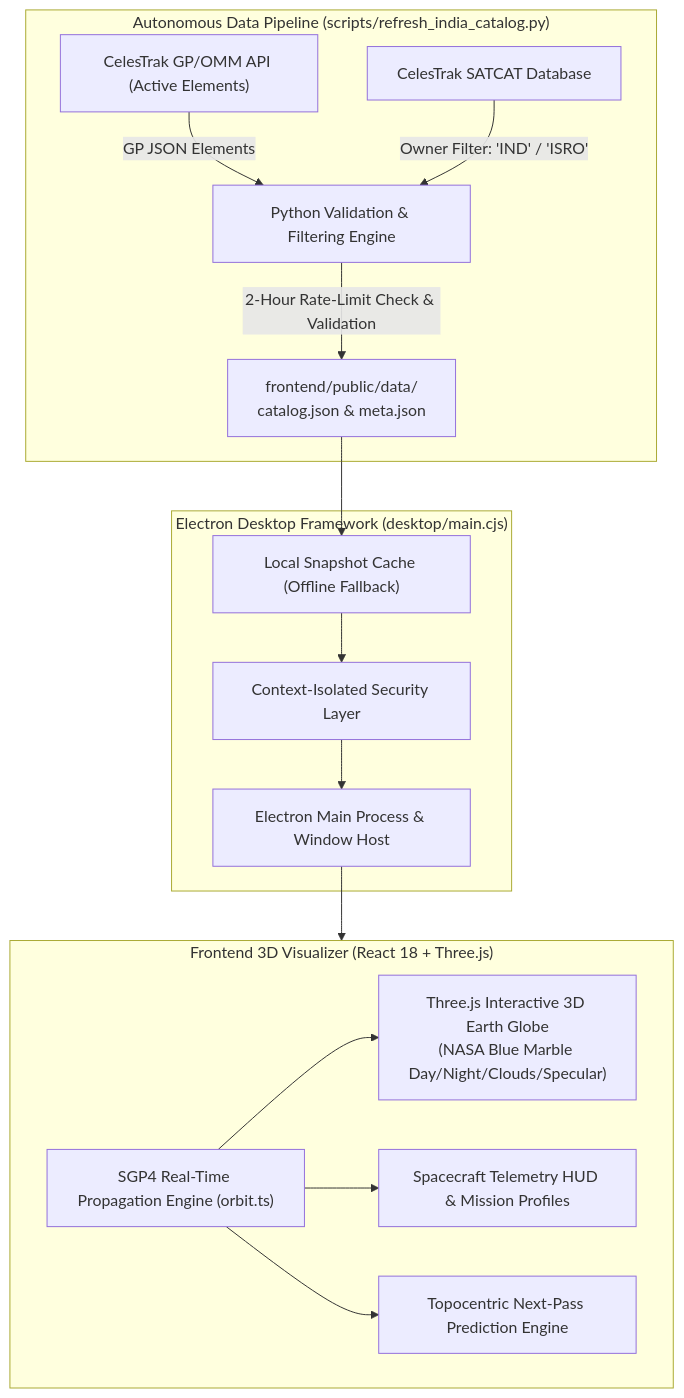
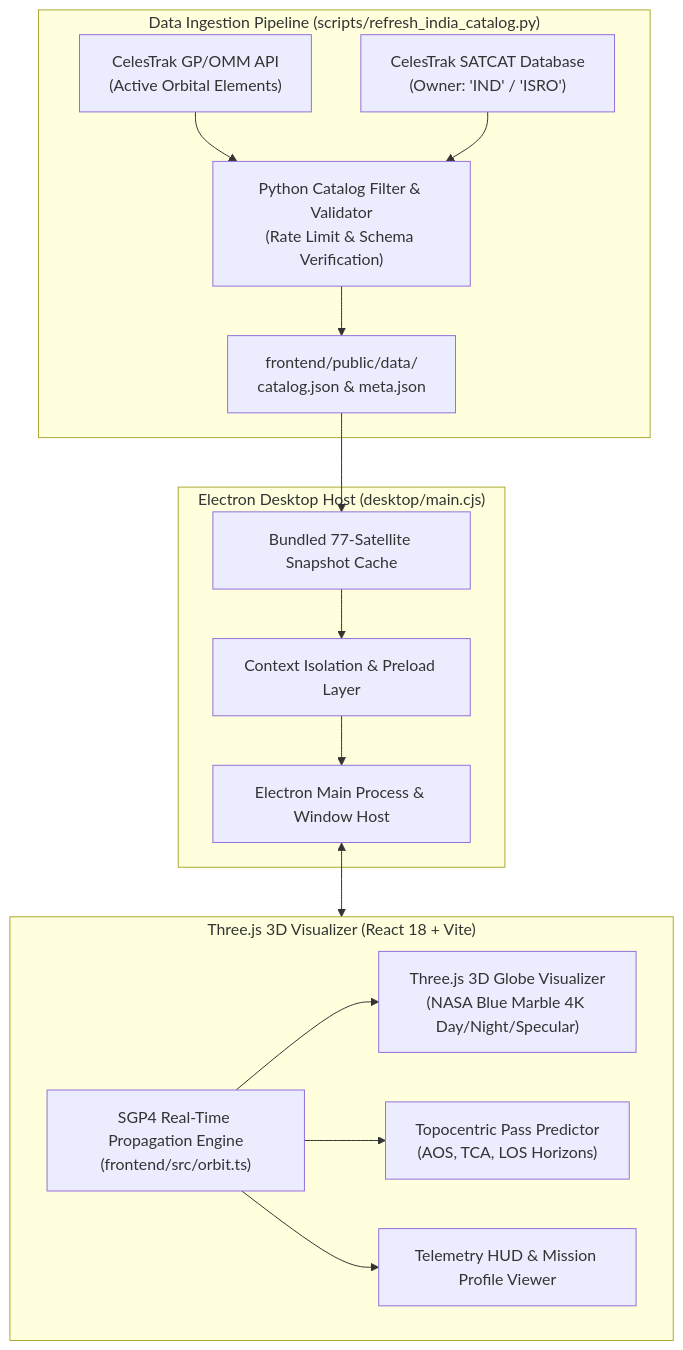
One commit to Hitesh070/ISRO-Orbit-Watch changed the first of 2 diagrams in README.md. Above: the diagram before and after it, drawn with Mermaid. The commit also changed other lines of this file, not shown here.

````diff
--- a/README.md
+++ b/README.md
@@ -54,29 +103,34 @@
 ```mermaid
 flowchart TD
-    subgraph DataIngestion ["Autonomous Data Pipeline (scripts/refresh_india_catalog.py)"]
-        CT_GP["CelesTrak GP/OMM API (Active Elements)"] -->|"GP JSON Elements"| Filter["Python Validation & Filtering Engine"]
-        CT_CAT["CelesTrak SATCAT Database"] -->|"Owner Filter: 'IND' / 'ISRO'"| Filter
-        Filter -->|"2-Hour Rate-Limit Check & Validation"| JSONData["frontend/public/data/<br/>catalog.json & meta.json"]
+    subgraph DataPipeline ["Data Ingestion Pipeline (scripts/refresh_india_catalog.py)"]
+        CT_GP["CelesTrak GP/OMM API\n(Active Orbital Elements)"]
+        CT_CAT["CelesTrak SATCAT Database\n(Owner: 'IND' / 'ISRO')"]
+        Filter["Python Catalog Filter & Validator\n(Rate Limit & Schema Verification)"]
+        JSONStore["frontend/public/data/\ncatalog.json & meta.json"]
+        
+        CT_GP --> Filter
+        CT_CAT --> Filter
+        Filter --> JSONStore
     end
 
-    subgraph DesktopShell ["Electron Desktop Framework (desktop/main.cjs)"]
-        IPC["Electron Main Process & Window Host"]
-        Security["Context-Isolated Security Layer"]
-        LocalCache["Local Snapshot Cache (Offline Fallback)"]
+    subgraph DesktopHost ["Electron Desktop Host (desktop/main.cjs)"]
+        MainProc["Electron Main Process & Window Host"]
+        Security["Context Isolation & Preload Layer"]
+        LocalCache["Bundled 77-Satellite Snapshot Cache"]
     end
 
-    subgraph VisualizationCore ["Frontend 3D Visualizer (React 18 + Three.js)"]
-        Globe["Three.js Interactive 3D Earth Globe<br/>(NASA Blue Marble Day/Night/Clouds/Specular)"]
-        SGP4["SGP4 Real-Time Propagation Engine (orbit.ts)"]
-        HUD["Spacecraft Telemetry HUD & Mission Profiles"]
-        Pass["Topocentric Next-Pass Prediction Engine"]
+    subgraph FrontendEngine ["Three.js 3D Visualizer (React 18 + Vite)"]
+        Globe["Three.js 3D Globe Visualizer\n(NASA Blue Marble 4K Day/Night/Specular)"]
+        SGP4["SGP4 Real-Time Propagation Engine\n(frontend/src/orbit.ts)"]
+        PassPredict["Topocentric Pass Predictor\n(AOS, TCA, LOS Horizons)"]
+        HUD["Telemetry HUD & Mission Profile Viewer"]
     end
 
-    JSONData --> LocalCache
+    JSONStore --> LocalCache
     LocalCache --> Security
-    Security --> IPC
-    IPC --> VisualizationCore
+    Security --> MainProc
+    MainProc <--> FrontendEngine
     SGP4 --> Globe
+    SGP4 --> PassPredict
     SGP4 --> HUD
-    SGP4 --> Pass
 ```
````
